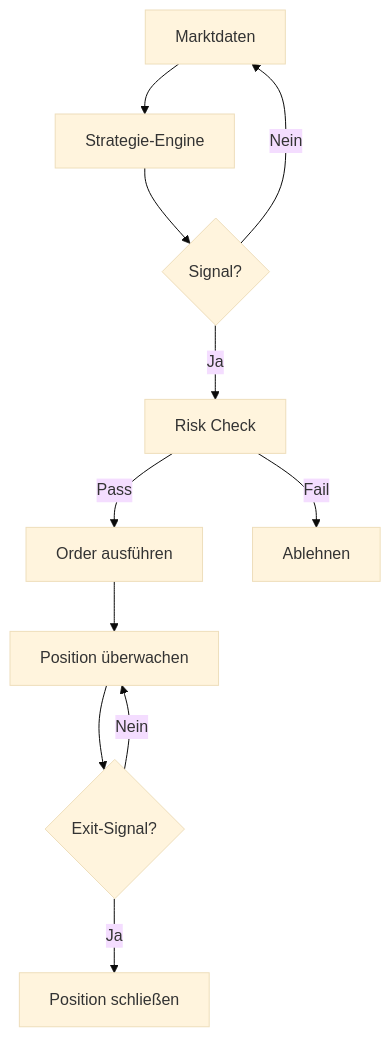
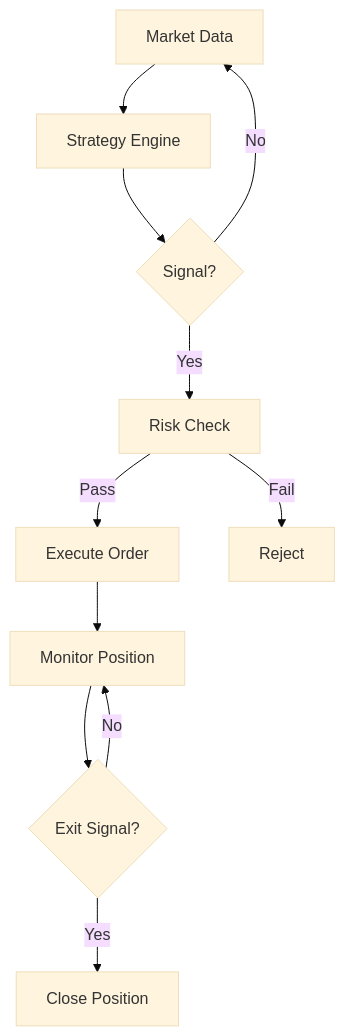
One commit to kayzaa/k.i.t.-bot changed the diagram in docs/skills/auto-trader.md. Above: the diagram before and after it, drawn with Mermaid (base theme). The commit also changed other lines of this file and 6 other files, not shown here.

````diff
--- a/docs/skills/auto-trader.md
+++ b/docs/skills/auto-trader.md
@@ -19,13 +19,13 @@
 ```mermaid
 flowchart TD
-    A[Marktdaten] --> B[Strategie-Engine]
+    A[Market Data] --> B[Strategy Engine]
     B --> C{Signal?}
-    C -->|Ja| D[Risk Check]
-    D -->|Pass| E[Order ausführen]
-    D -->|Fail| F[Ablehnen]
-    C -->|Nein| A
-    E --> G[Position überwachen]
-    G --> H{Exit-Signal?}
-    H -->|Ja| I[Position schließen]
-    H -->|Nein| G
+    C -->|Yes| D[Risk Check]
+    D -->|Pass| E[Execute Order]
+    D -->|Fail| F[Reject]
+    C -->|No| A
+    E --> G[Monitor Position]
+    G --> H{Exit Signal?}
+    H -->|Yes| I[Close Position]
+    H -->|No| G
 ```
````
